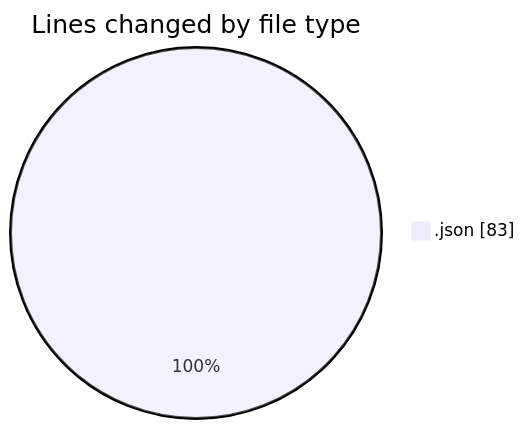
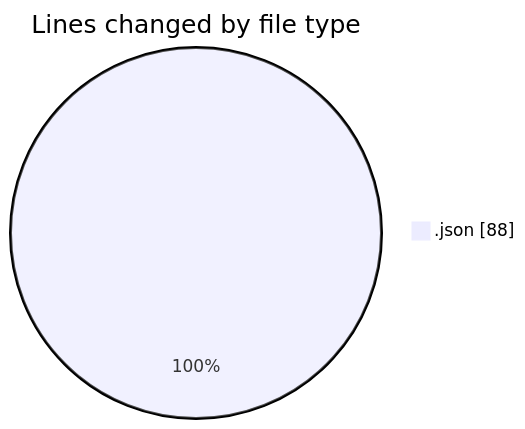
Before and after one commit to donsfak/code-tracking: the first of 2 diagrams in 2025-01-08/maps_clone/README.md, drawn with Mermaid. The commit also changed other lines of this file and 1 other file, not shown here.

````diff
--- a/2025-01-08/maps_clone/README.md
+++ b/2025-01-08/maps_clone/README.md
@@ -20,5 +20,5 @@
 ```mermaid
 pie showData
 title Lines changed by file type
-".json" : 83
+".json" : 88
 ```
````
